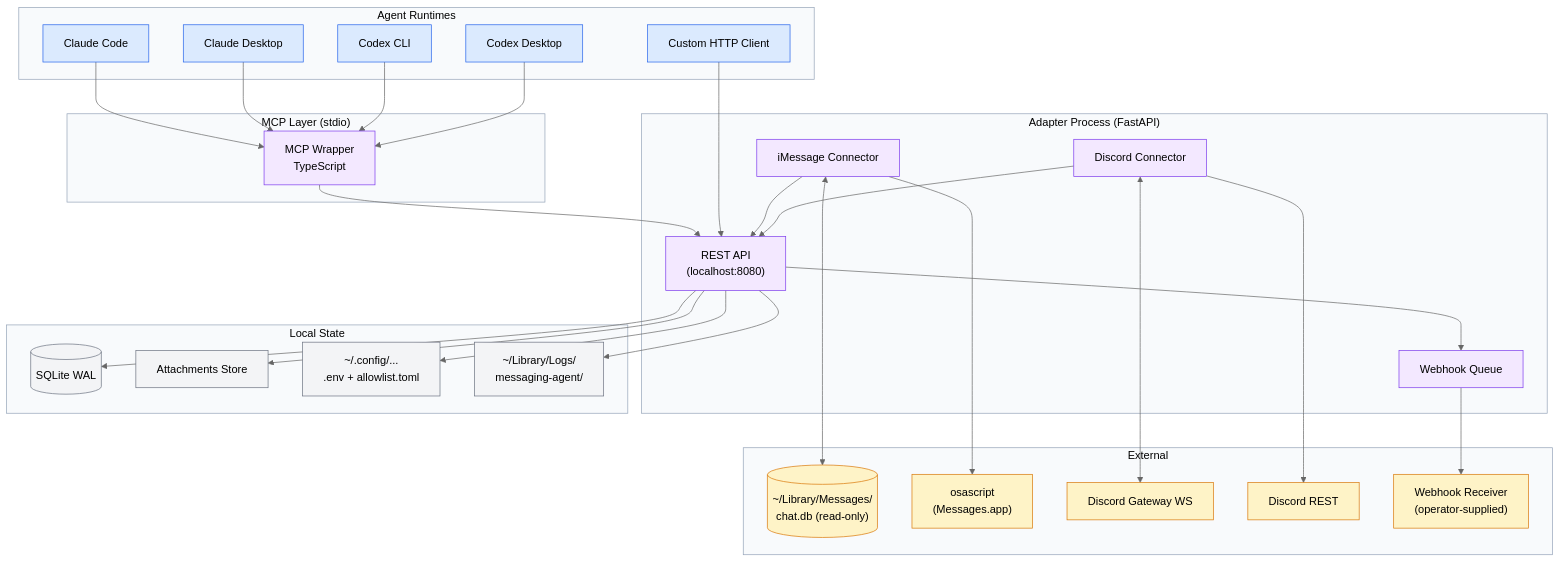
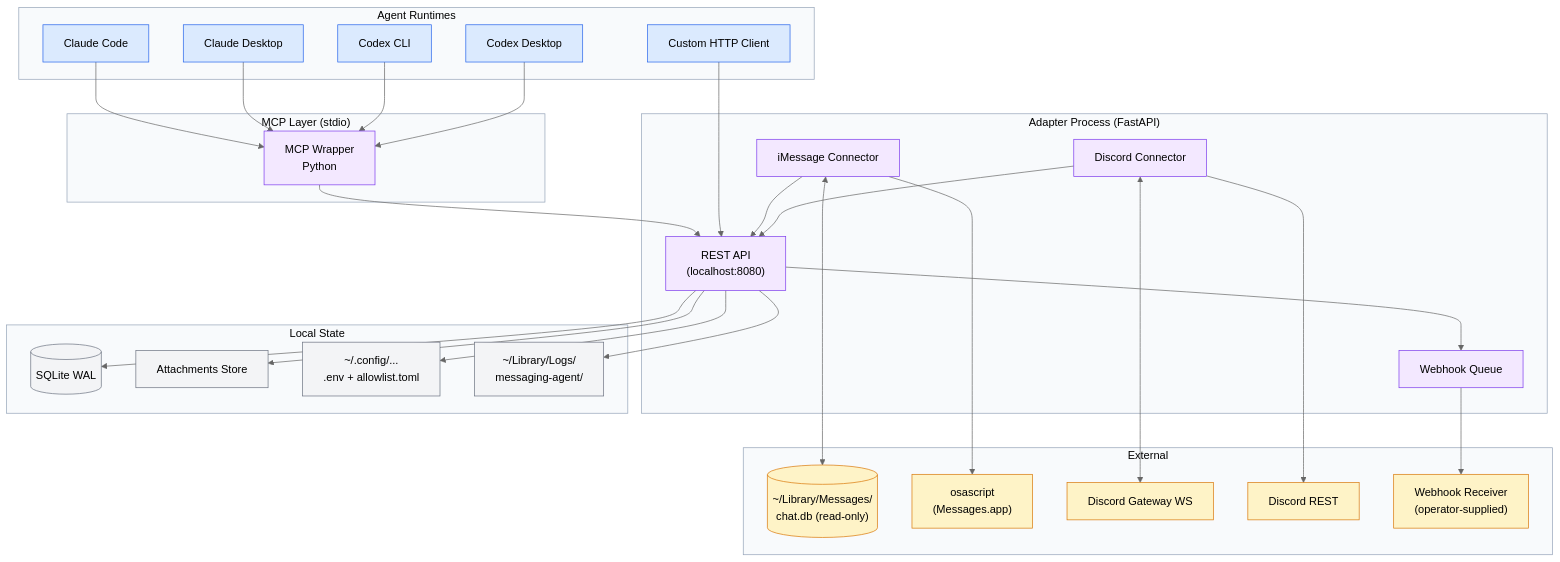
The diagram in README.md (sequenzia/amc), drawn with Mermaid (neutral theme) before and after one commit. The commit also changed other lines of this file and 70 other files, not shown here.

````diff
--- a/README.md
+++ b/README.md
@@ -20,69 +20,69 @@
 ```mermaid
 flowchart TD
     subgraph agents["Agent Runtimes"]
         CC[Claude Code]:::primary
         CD[Claude Desktop]:::primary
         XC[Codex CLI]:::primary
         XD[Codex Desktop]:::primary
         CH[Custom HTTP Client]:::primary
     end
 
     subgraph mcp["MCP Layer (stdio)"]
-        MW[MCP Wrapper<br/>TypeScript]:::secondary
+        MW[MCP Wrapper<br/>Python]:::secondary
     end
 
     subgraph adapter["Adapter Process (FastAPI)"]
         REST["REST API<br/>(localhost:8080)"]:::secondary
         ICX[iMessage Connector]:::secondary
         DCX[Discord Connector]:::secondary
         WHQ[Webhook Queue]:::secondary
     end
 
     subgraph data["Local State"]
         DB[(SQLite WAL)]:::neutral
         FS["Attachments Store"]:::neutral
         CFG["~/.config/...<br/>.env + allowlist.toml"]:::neutral
         LOG["~/Library/Logs/<br/>messaging-agent/"]:::neutral
     end
 
     subgraph platforms["External"]
         CDB[("~/Library/Messages/<br/>chat.db (read-only)")]:::warning
         OS["osascript<br/>(Messages.app)"]:::warning
         DG["Discord Gateway WS"]:::warning
         DR["Discord REST"]:::warning
         WH["Webhook Receiver<br/>(operator-supplied)"]:::warning
     end
 
     CC --> MW
     CD --> MW
     XC --> MW
     XD --> MW
     MW --> REST
     CH --> REST
 
     REST --> DB
     REST --> FS
     REST --> WHQ
     WHQ --> WH
 
     ICX <--> CDB
     ICX --> OS
     ICX --> REST
     DCX <--> DG
     DCX --> DR
     DCX --> REST
 
     REST --> CFG
     REST --> LOG
 
     classDef primary fill:#dbeafe,stroke:#2563eb,color:#000
     classDef secondary fill:#f3e8ff,stroke:#7c3aed,color:#000
     classDef warning fill:#fef3c7,stroke:#d97706,color:#000
     classDef neutral fill:#f3f4f6,stroke:#6b7280,color:#000
 
     style agents fill:#f8fafc,stroke:#94a3b8,color:#000
     style mcp fill:#f8fafc,stroke:#94a3b8,color:#000
     style adapter fill:#f8fafc,stroke:#94a3b8,color:#000
     style data fill:#f8fafc,stroke:#94a3b8,color:#000
     style platforms fill:#f8fafc,stroke:#94a3b8,color:#000
 ```
````
